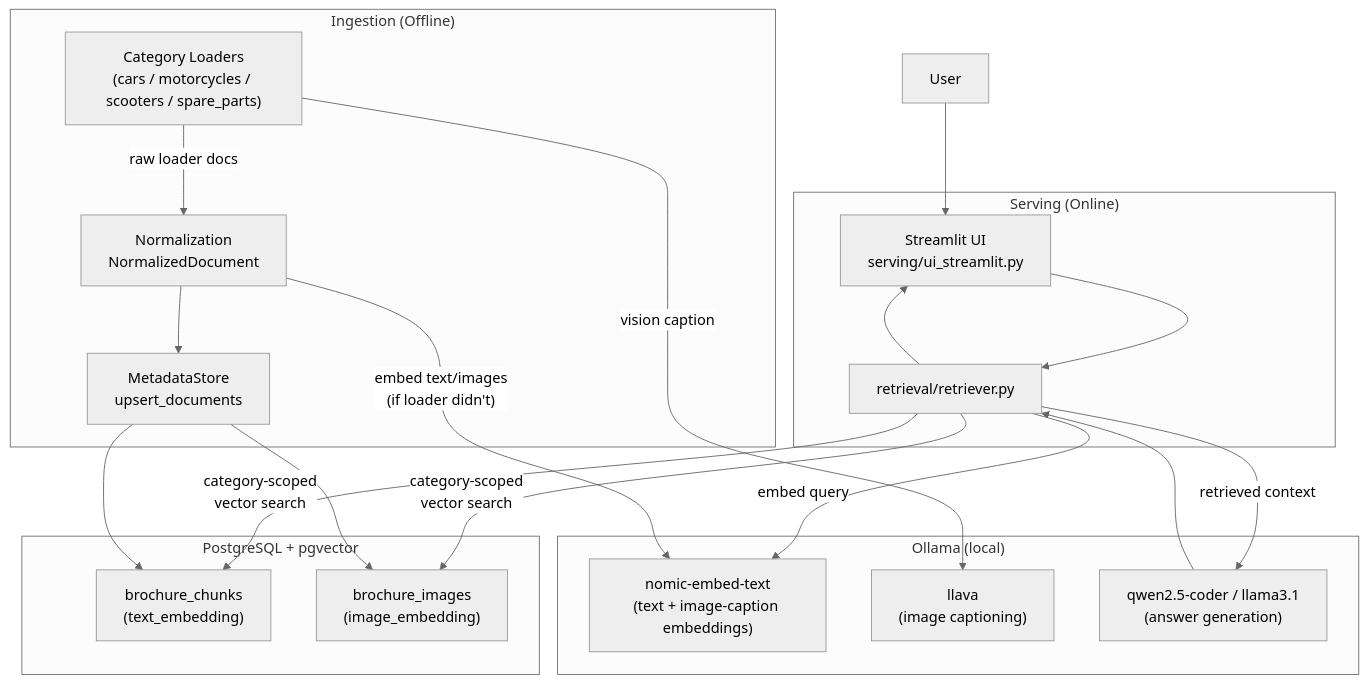
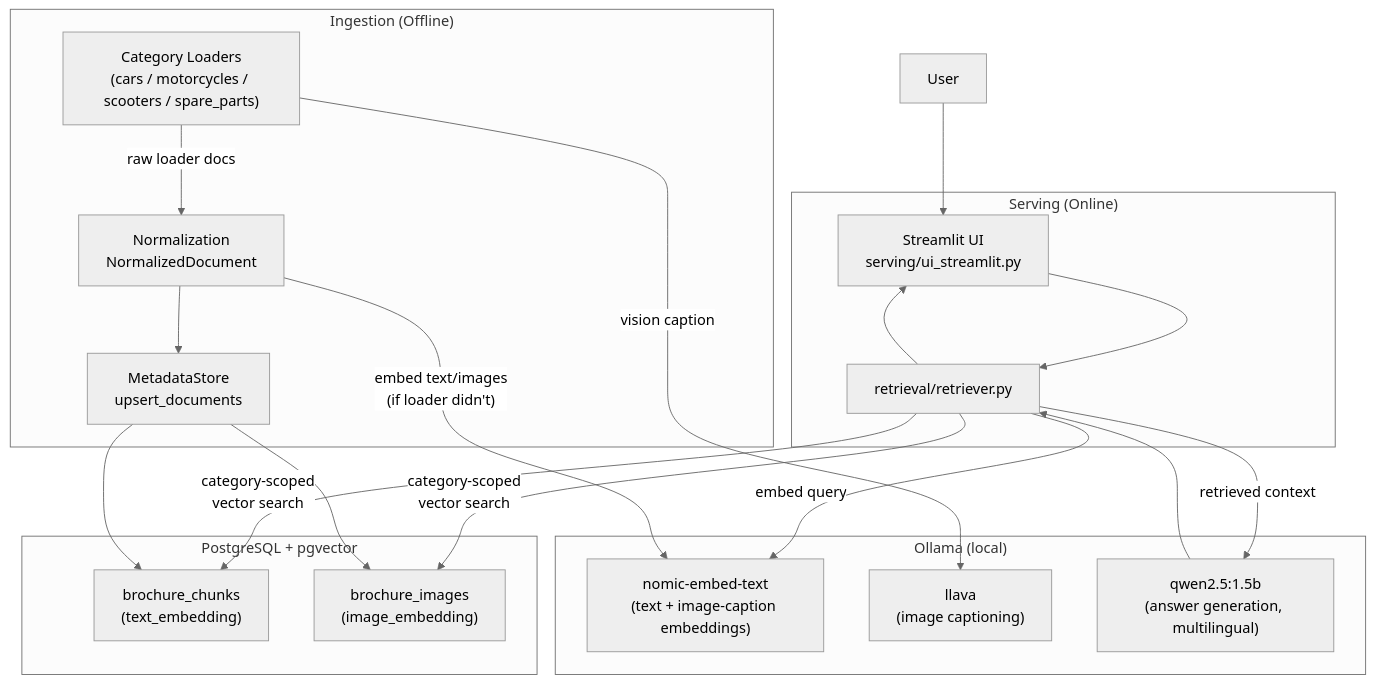
The diagram in README.md (santhi-tech/tata-automotive-rag), drawn with Mermaid (neutral theme) before and after one commit. The commit also changed other lines of this file and 3 other files, not shown here.

````diff
--- a/README.md
+++ b/README.md
@@ -100,40 +102,40 @@
 ```mermaid
 flowchart TB
 
     USER["User"]
 
     subgraph APP["Serving (Online)"]
         UI["Streamlit UI\nserving/ui_streamlit.py"]
         RETRIEVER["retrieval/retriever.py"]
     end
 
     subgraph OFFLINE["Ingestion (Offline)"]
         LOADERS["Category Loaders\n(cars / motorcycles / scooters / spare_parts)"]
         NORM["Normalization\nNormalizedDocument"]
         STORE["MetadataStore\nupsert_documents"]
     end
 
     subgraph MODEL["Ollama (local)"]
         EMBED["nomic-embed-text\n(text + image-caption embeddings)"]
         VISION["llava\n(image captioning)"]
-        GEN["qwen2.5-coder / llama3.1\n(answer generation)"]
+        GEN["qwen2.5:1.5b\n(answer generation, multilingual)"]
     end
 
     subgraph DB["PostgreSQL + pgvector"]
         CHUNKS["brochure_chunks\n(text_embedding)"]
         IMAGES["brochure_images\n(image_embedding)"]
     end
 
     USER --> UI --> RETRIEVER
     RETRIEVER -- "embed query" --> EMBED
     RETRIEVER -- "category-scoped\nvector search" --> CHUNKS
     RETRIEVER -- "category-scoped\nvector search" --> IMAGES
     RETRIEVER -- "retrieved context" --> GEN
     GEN --> RETRIEVER --> UI
 
     LOADERS -- "vision caption" --> VISION
     LOADERS -- "raw loader docs" --> NORM
     NORM -- "embed text/images\n(if loader didn't)" --> EMBED
     NORM --> STORE --> CHUNKS
     STORE --> IMAGES
 ```
````
